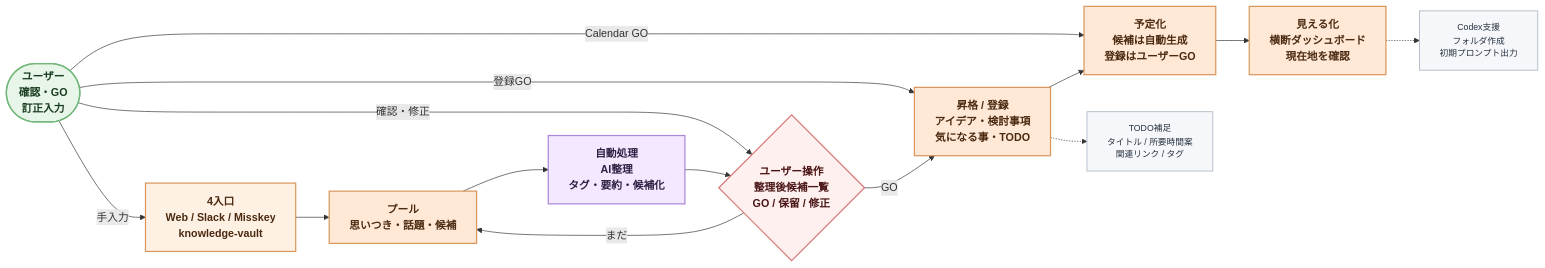
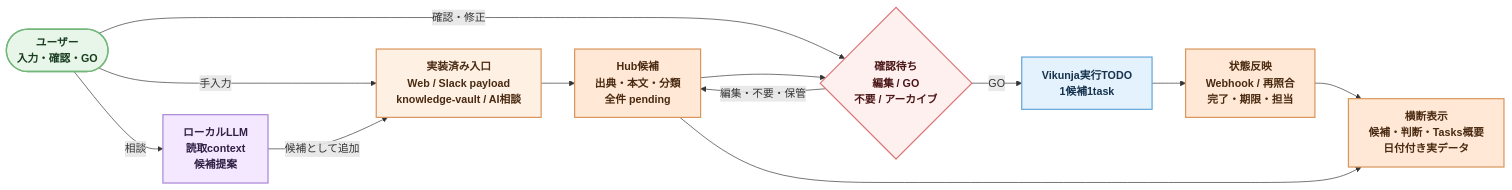
The diagram in docs/product/p0-overall-workflow-2026-07.md (rohto4/my-pj-general), drawn with Mermaid before and after one commit. The commit also changed other lines of this file and 147 other files, not shown here.

````diff
--- a/docs/product/p0-overall-workflow-2026-07.md
+++ b/docs/product/p0-overall-workflow-2026-07.md
@@ -29,35 +20,30 @@
 ```mermaid
 flowchart LR
-    User(["ユーザー<br/>確認・GO<br/>訂正入力"]):::user
-    Sources["4入口<br/>Web / Slack / Misskey<br/>knowledge-vault"]:::inputMain
-    Pool["プール<br/>思いつき・話題・候補"]:::main
-    AI["自動処理<br/>AI整理<br/>タグ・要約・候補化"]:::auto
-    Review{"ユーザー操作<br/>整理後候補一覧<br/>GO / 保留 / 修正"}:::decision
-    Register["昇格 / 登録<br/>アイデア・検討事項<br/>気になる事・TODO"]:::main
-    Schedule["予定化<br/>候補は自動生成<br/>登録はユーザーGO"]:::main
-    Dashboard["見える化<br/>横断ダッシュボード<br/>現在地を確認"]:::main
-
-    TodoNote["TODO補足<br/>タイトル / 所要時間案<br/>関連リンク / タグ"]:::support
-    CodexNote["Codex支援<br/>フォルダ作成<br/>初期プロンプト出力"]:::support
+    User(["ユーザー<br/>入力・確認・GO"]):::user
+    Sources["実装済み入口<br/>Web / Slack payload<br/>knowledge-vault / AI相談"]:::inputMain
+    Pool["Hub候補<br/>出典・本文・分類<br/>全件 pending"]:::main
+    Review{"確認待ち<br/>編集 / GO<br/>不要 / アーカイブ"}:::decision
+    Task["Vikunja実行TODO<br/>1候補1task"]:::external
+    Mirror["状態反映<br/>Webhook / 再照合<br/>完了・期限・担当"]:::main
+    Dashboard["横断表示<br/>候補・判断・Tasks概要<br/>日付付き実データ"]:::main
+    Chat["ローカルLLM<br/>読取context<br/>候補提案"]:::auto
 
     User -->|手入力| Sources
+    User -->|相談| Chat
+    Chat -->|候補として追加| Sources
+    Sources --> Pool
     User -->|確認・修正| Review
-    User -->|登録GO| Register
-    User -->|Calendar GO| Schedule
-    Sources --> Pool
-    Pool --> AI
-    AI --> Review
-    Review -->|まだ| Pool
-    Review -->|GO| Register
-    Register --> Schedule
-    Schedule --> Dashboard
-    Register -.-> TodoNote
-    Dashboard -.-> CodexNote
+    Pool --> Review
+    Review -->|GO| Task
+    Review -->|編集・不要・保管| Pool
+    Task --> Mirror
+    Mirror --> Dashboard
+    Pool --> Dashboard
 
     classDef user fill:#e8f5e9,stroke:#73b77a,color:#183d1f,stroke-width:2px,font-size:16px,font-weight:bold
     classDef inputMain fill:#fff0e4,stroke:#d9965c,color:#4a2a10,stroke-width:1.8px,font-size:16px,font-weight:bold
     classDef main fill:#ffe8d6,stroke:#d9965c,color:#4a2a10,stroke-width:1.8px,font-size:16px,font-weight:bold
     classDef auto fill:#f3e8ff,stroke:#a986d8,color:#302044,stroke-width:1.8px,font-size:16px,font-weight:bold
     classDef decision fill:#fff0f0,stroke:#d87878,color:#4a1515,stroke-width:1.8px,font-size:16px,font-weight:bold
-    classDef support fill:#f5f7fa,stroke:#aab4c0,color:#26313f,stroke-width:1.2px,font-size:13px,font-weight:normal
+    classDef external fill:#e3f2fd,stroke:#64a6d9,color:#17324d,stroke-width:1.8px,font-size:16px,font-weight:bold
 ```
````
